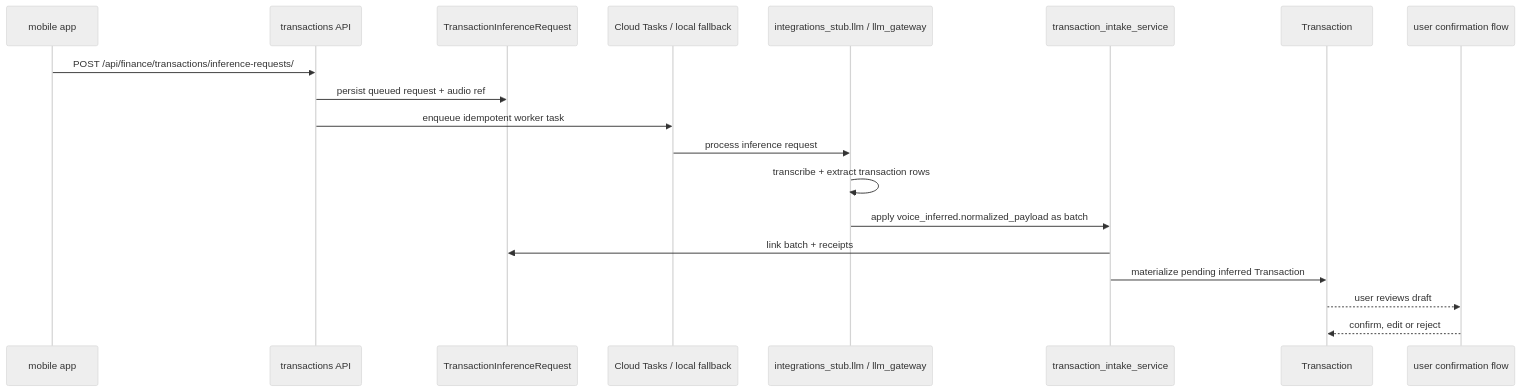
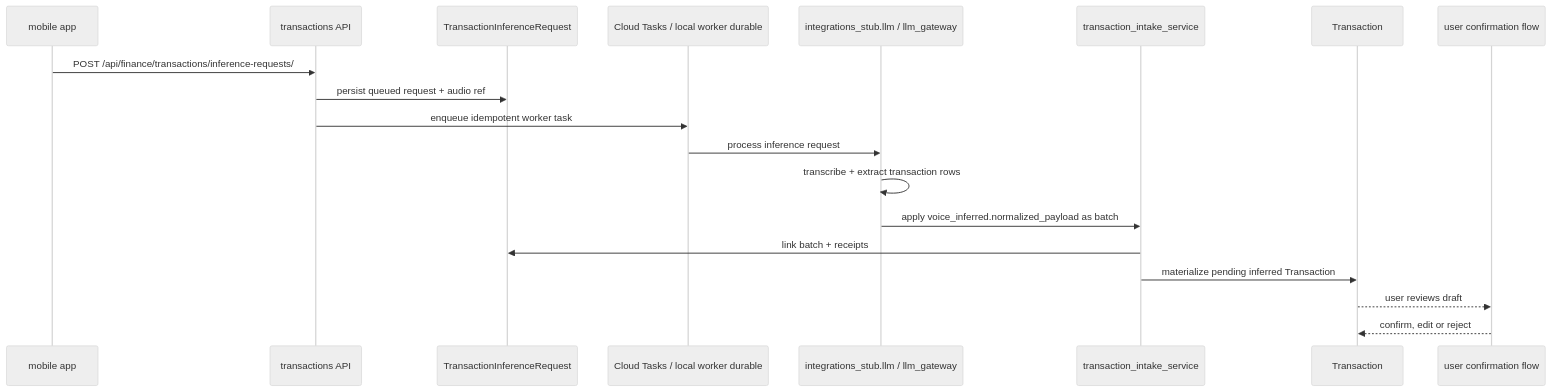
Before and after one commit to Jhon32-hue/Vexxo_Backend_API: diagram 16 of 22 in README.md, drawn with Mermaid (neutral theme). The commit also changed other lines of this file and 154 other files, not shown here.

````diff
--- a/README.md
+++ b/README.md
@@ -1116,22 +1118,22 @@
 ```mermaid
 sequenceDiagram
     participant APP as mobile app
     participant API as transactions API
     participant REQ as TransactionInferenceRequest
-    participant TASK as Cloud Tasks / local fallback
+    participant TASK as Cloud Tasks / local worker durable
     participant LLM as integrations_stub.llm / llm_gateway
     participant INTAKE as transaction_intake_service
     participant TX as Transaction
     participant USER as user confirmation flow
 
     APP->>API: POST /api/finance/transactions/inference-requests/
     API->>REQ: persist queued request + audio ref
     API->>TASK: enqueue idempotent worker task
     TASK->>LLM: process inference request
     LLM->>LLM: transcribe + extract transaction rows
     LLM->>INTAKE: apply voice_inferred.normalized_payload as batch
     INTAKE->>REQ: link batch + receipts
     INTAKE->>TX: materialize pending inferred Transaction
     TX-->>USER: user reviews draft
     USER-->>TX: confirm, edit or reject
 ```
````
